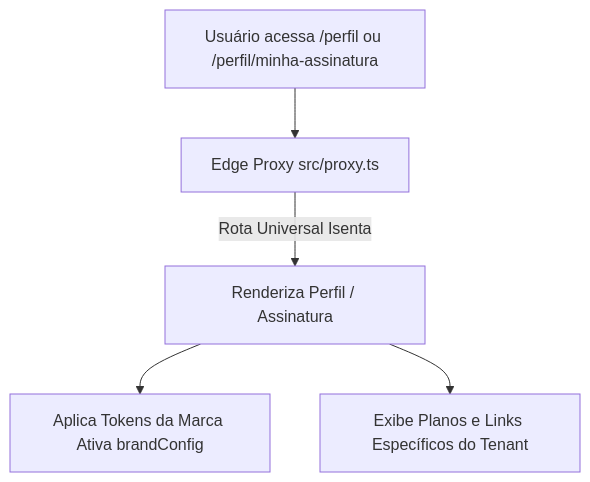
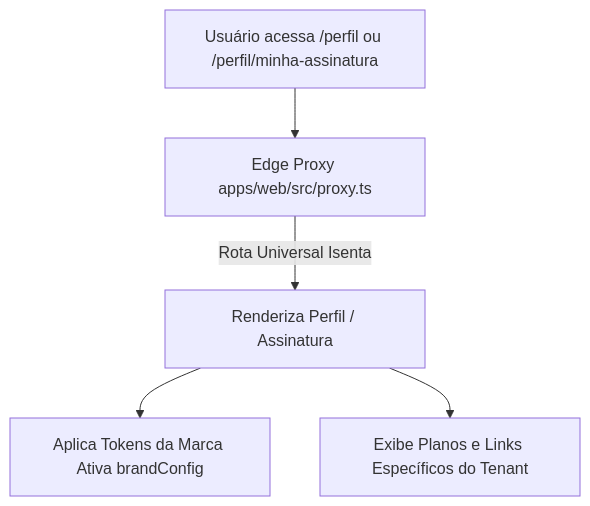
Before and after one commit to gui-bus/clubkey: the first of 2 diagrams in docs/pages/portal/PERFIL.md, drawn with Mermaid. The commit also changed 9 other files, not shown here.

````diff
--- a/docs/pages/portal/PERFIL.md
+++ b/docs/pages/portal/PERFIL.md
@@ -11,7 +11,7 @@
 ```mermaid
 flowchart TD
-    Req["Usuário acessa /perfil ou /perfil/minha-assinatura"] --> Proxy["Edge Proxy src/proxy.ts"]
+    Req["Usuário acessa /perfil ou /perfil/minha-assinatura"] --> Proxy["Edge Proxy apps/web/src/proxy.ts"]
     Proxy -- "Rota Universal Isenta" --> Page["Renderiza Perfil / Assinatura"]
     Page --> Theme["Aplica Tokens da Marca Ativa brandConfig"]
     Page --> Sub["Exibe Planos e Links Específicos do Tenant"]
 ```
````
